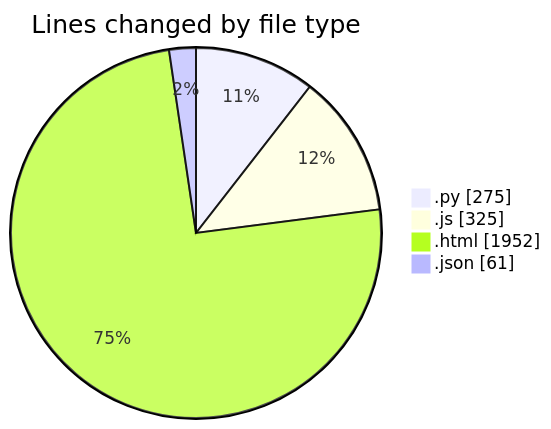
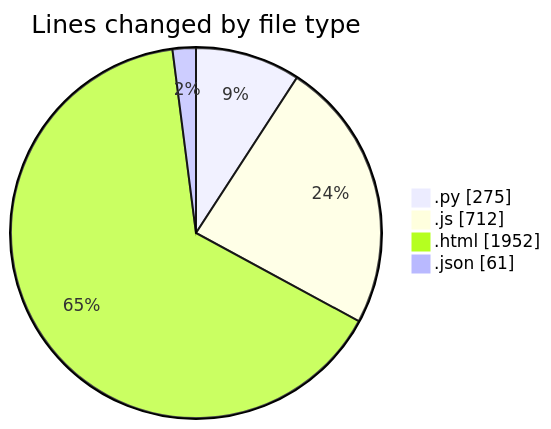
One commit to shibass792/code-tracking changed the first of 2 diagrams in 2026-07-09/twenty_versions_aminor/README.md. Above: the diagram before and after it, drawn with Mermaid. The commit also changed other lines of this file and 1 other file, not shown here.

````diff
--- a/2026-07-09/twenty_versions_aminor/README.md
+++ b/2026-07-09/twenty_versions_aminor/README.md
@@ -24,8 +25,8 @@
 ```mermaid
 pie showData
 title Lines changed by file type
 ".py" : 275
-".js" : 325
+".js" : 712
 ".html" : 1952
 ".json" : 61
 ```
````
